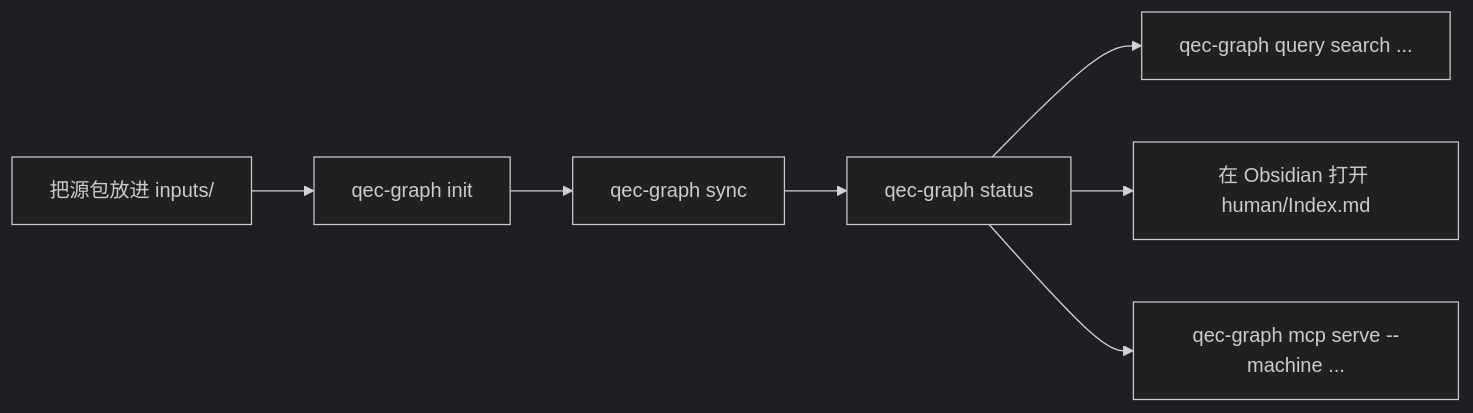
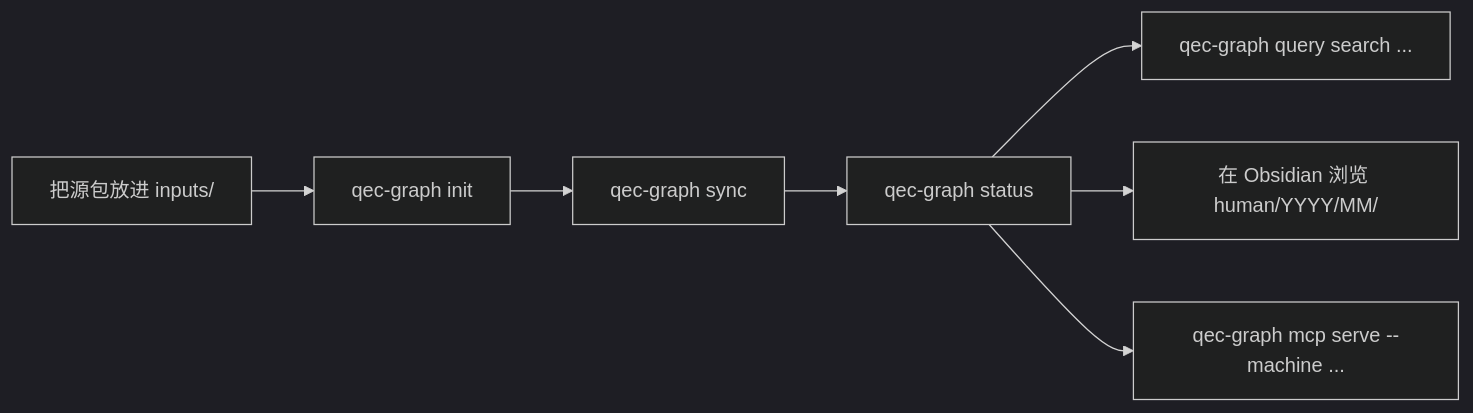
Before and after one commit to Guangqi-Phys/qec-graph: the diagram in docs/user/README.zh-CN.md, drawn with Mermaid (dark theme). The commit also changed 29 other files, not shown here.

Commit message:
feat(human): render one Obsidian thoughts note per paper

````diff
--- a/docs/user/README.zh-CN.md
+++ b/docs/user/README.zh-CN.md
@@ -41,9 +41,9 @@
 ```mermaid
 flowchart LR
     A[把源包放进 inputs/] --> B[qec-graph init]
     B --> C[qec-graph sync]
     C --> D[qec-graph status]
     D --> E[qec-graph query search ...]
-    D --> F[在 Obsidian 打开 human/Index.md]
+    D --> F[在 Obsidian 浏览 human/YYYY/MM/]
     D --> G[qec-graph mcp serve --machine ...]
 ```
````
